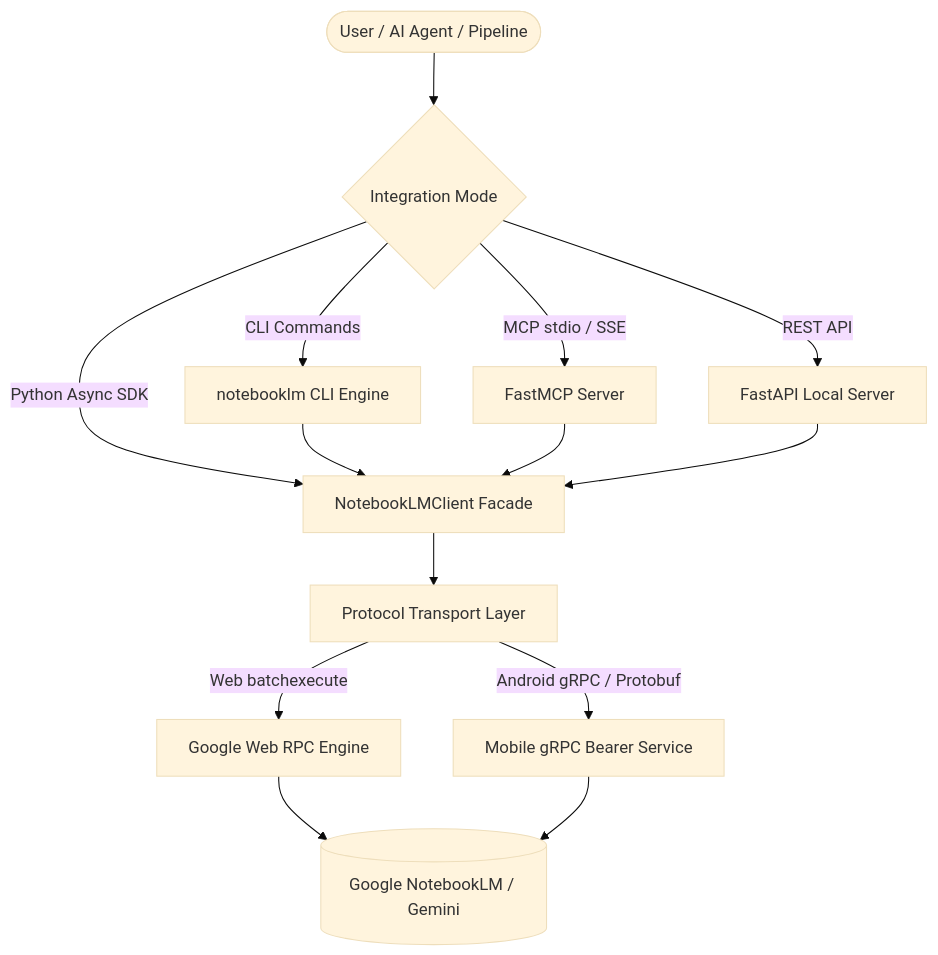
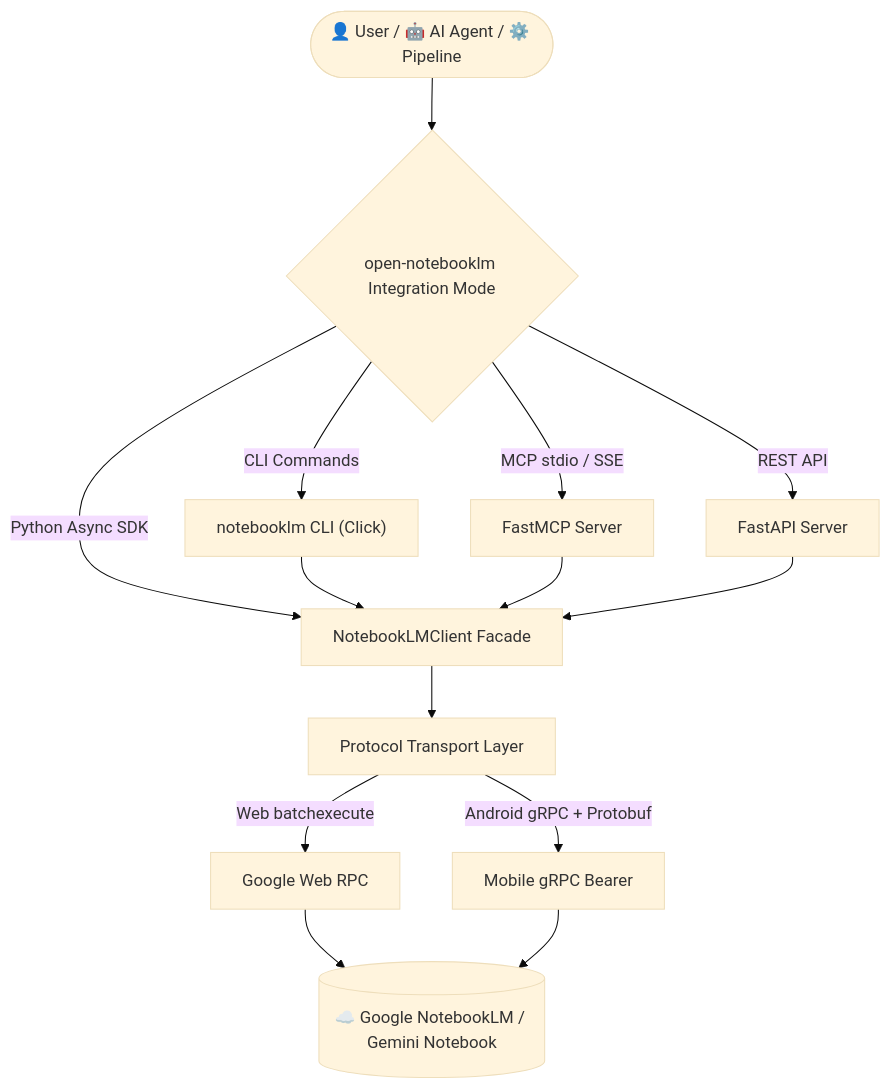
One commit to ishandutta2007/notebooklm-api changed the diagram in README.md. Above: the diagram before and after it, drawn with Mermaid (base theme). The commit also changed other lines of this file and 1871 other files, not shown here.

Commit message:
feat(core): refactor codebase branding to open-notebooklm and optimize documentation

````diff
--- a/README.md
+++ b/README.md
@@ -79,19 +136,19 @@
 ```mermaid
 graph TD
-    User([User / AI Agent / Pipeline]) --> Interface{Integration Mode}
-    Interface -->|Python Async SDK| Client[NotebookLMClient Facade]
-    Interface -->|CLI Commands| CLI[notebooklm CLI Engine]
-    Interface -->|MCP stdio / SSE| MCP[FastMCP Server]
-    Interface -->|REST API| REST[FastAPI Local Server]
+    User(["👤 User / 🤖 AI Agent / ⚙️ Pipeline"]) --> Interface{open-notebooklm Integration Mode}
+    Interface -->|"Python Async SDK"| Client["NotebookLMClient Facade"]
+    Interface -->|"CLI Commands"| CLI["notebooklm CLI (Click)"]
+    Interface -->|"MCP stdio / SSE"| MCP["FastMCP Server"]
+    Interface -->|"REST API"| REST["FastAPI Server"]
 
-    Client --> TransportLayer[Protocol Transport Layer]
+    Client --> Transport["Protocol Transport Layer"]
     CLI --> Client
     MCP --> Client
     REST --> Client
 
-    TransportLayer -->|Web batchexecute| WebRPC[Google Web RPC Engine]
-    TransportLayer -->|Android gRPC / Protobuf| AndroidRPC[Mobile gRPC Bearer Service]
+    Transport -->|"Web batchexecute"| WebRPC["Google Web RPC"]
+    Transport -->|"Android gRPC + Protobuf"| AndroidRPC["Mobile gRPC Bearer"]
     
-    WebRPC --> GoogleNLM[(Google NotebookLM / Gemini)]
-    AndroidRPC --> GoogleNLM
+    WebRPC --> Google[("☁️ Google NotebookLM / Gemini Notebook")]
+    AndroidRPC --> Google
 ```
````
